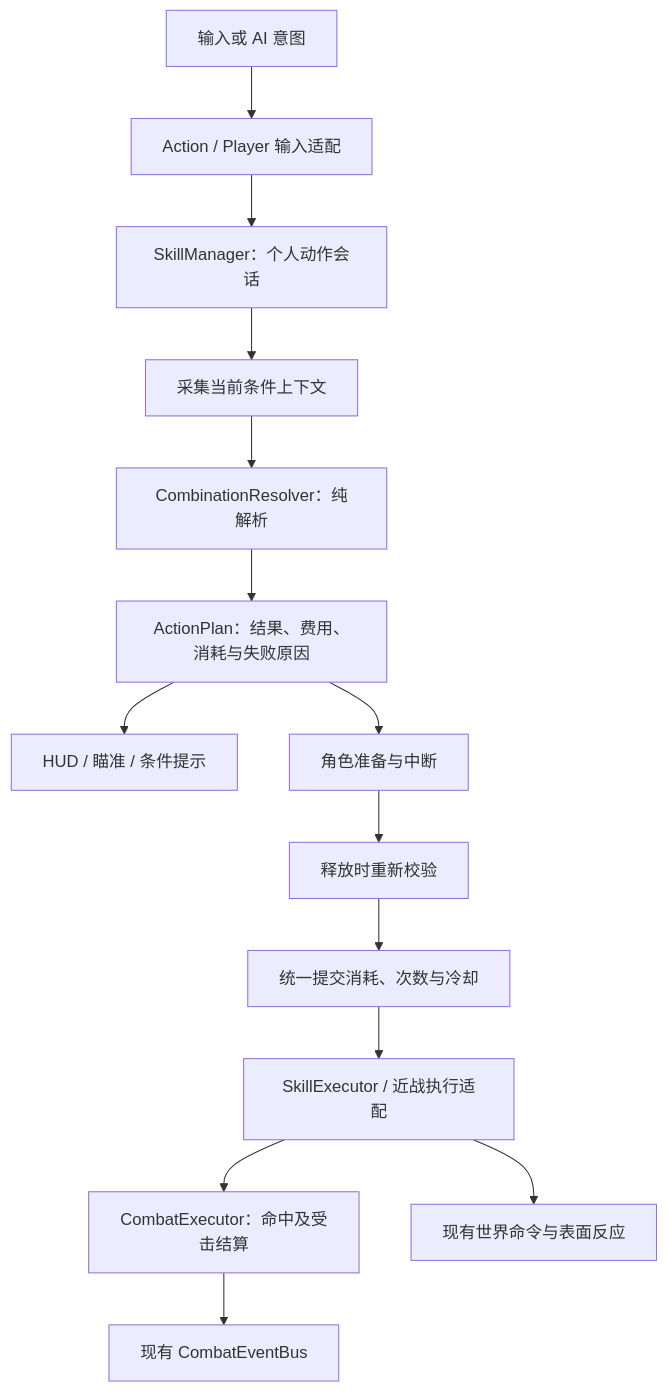
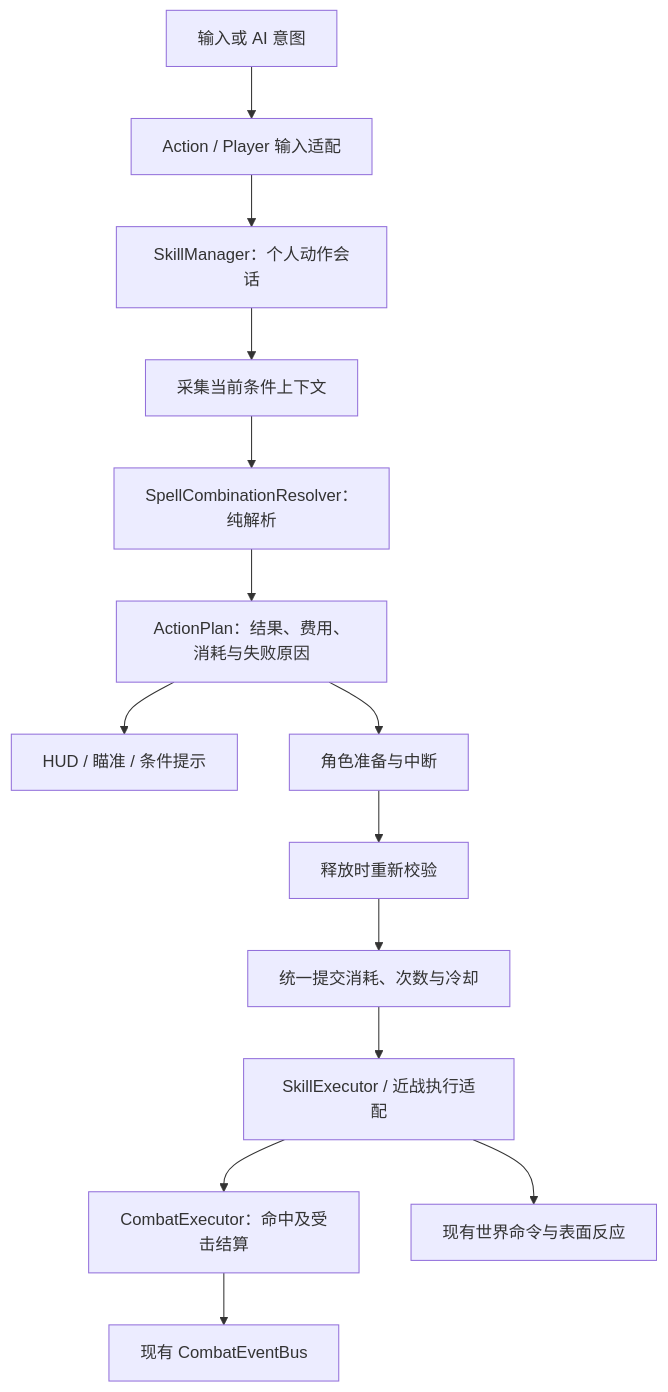
Before and after one commit to llaaoo/mygame: the diagram in docs/CONDITIONAL_COMBAT_TECHNICAL_PLAN.md, drawn with Mermaid. The commit also changed other lines of this file and 207 other files, not shown here.

````diff
--- a/docs/CONDITIONAL_COMBAT_TECHNICAL_PLAN.md
+++ b/docs/CONDITIONAL_COMBAT_TECHNICAL_PLAN.md
@@ -97,16 +94,16 @@
 ```mermaid
 flowchart TD
     Input[输入或 AI 意图] --> Action[Action / Player 输入适配]
     Action --> Manager[SkillManager：个人动作会话]
     Manager --> Query[采集当前条件上下文]
-    Query --> Resolver[CombinationResolver：纯解析]
+    Query --> Resolver[SpellCombinationResolver：纯解析]
     Resolver --> Plan[ActionPlan：结果、费用、消耗与失败原因]
     Plan --> Preview[HUD / 瞄准 / 条件提示]
     Plan --> Prepare[角色准备与中断]
     Prepare --> Validate[释放时重新校验]
     Validate --> Commit[统一提交消耗、次数与冷却]
     Commit --> Execute[SkillExecutor / 近战执行适配]
     Execute --> Combat[CombatExecutor：命中及受击结算]
     Combat --> Events[现有 CombatEventBus]
     Execute --> World[现有世界命令与表面反应]
 ```
````
